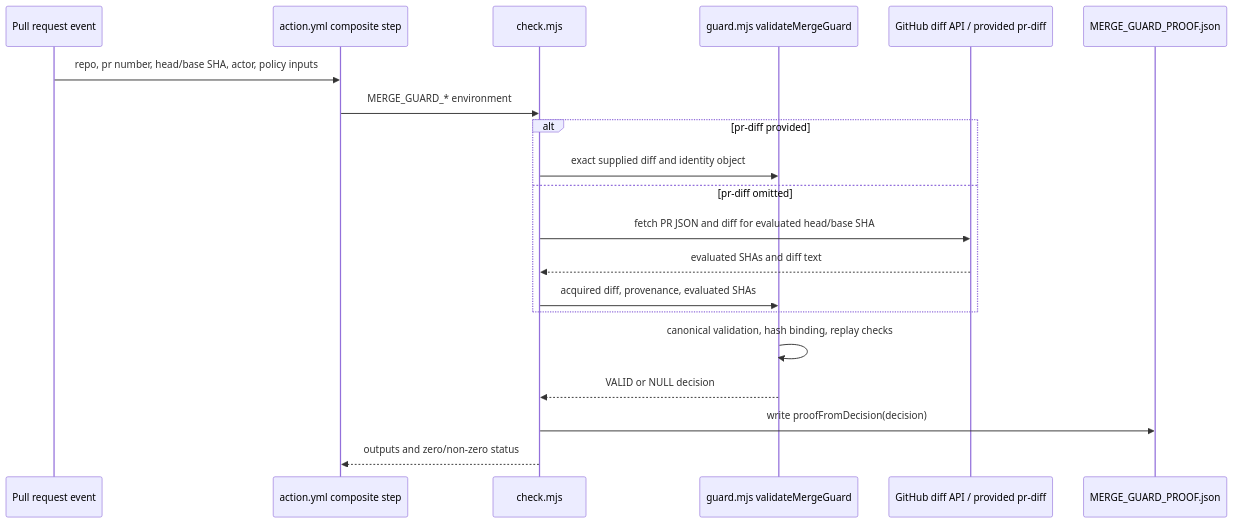
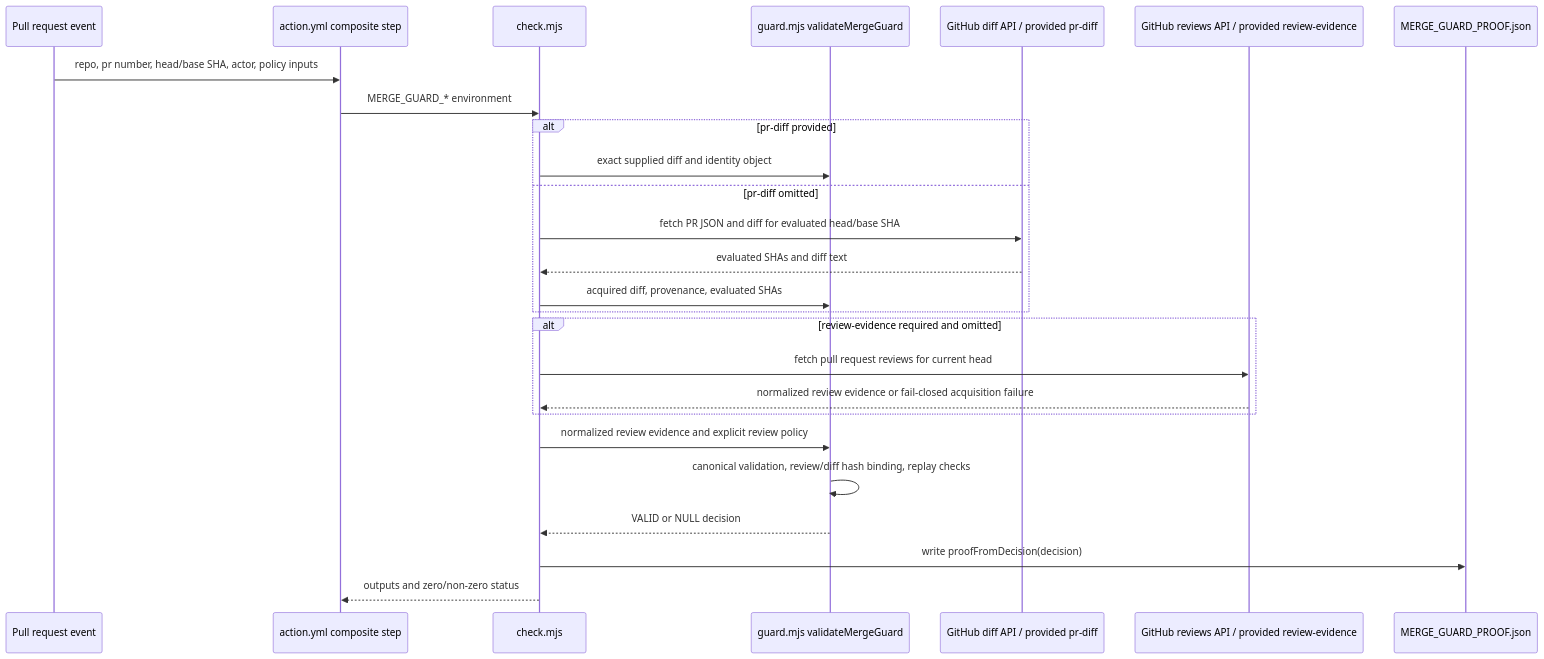
One commit to joselunasrt8-creator/continuity-merge-guard changed the diagram in docs/ARCHITECTURE.md. Above: the diagram before and after it, drawn with Mermaid. The commit also changed other lines of this file and 9 other files, not shown here.

Commit message:
Bind review approval evidence to merge guard proof

````diff
--- a/docs/ARCHITECTURE.md
+++ b/docs/ARCHITECTURE.md
@@ -28,23 +29,29 @@
 ```mermaid
 sequenceDiagram
   participant PR as Pull request event
   participant Action as action.yml composite step
   participant CLI as check.mjs
   participant Guard as guard.mjs validateMergeGuard
   participant Diff as GitHub diff API / provided pr-diff
+  participant Review as GitHub reviews API / provided review-evidence
   participant Proof as MERGE_GUARD_PROOF.json
 
   PR->>Action: repo, pr number, head/base SHA, actor, policy inputs
   Action->>CLI: MERGE_GUARD_* environment
   alt pr-diff provided
     CLI->>Guard: exact supplied diff and identity object
   else pr-diff omitted
     CLI->>Diff: fetch PR JSON and diff for evaluated head/base SHA
     Diff-->>CLI: evaluated SHAs and diff text
     CLI->>Guard: acquired diff, provenance, evaluated SHAs
   end
-  Guard->>Guard: canonical validation, hash binding, replay checks
+  alt review-evidence required and omitted
+    CLI->>Review: fetch pull request reviews for current head
+    Review-->>CLI: normalized review evidence or fail-closed acquisition failure
+  end
+  CLI->>Guard: normalized review evidence and explicit review policy
+  Guard->>Guard: canonical validation, review/diff hash binding, replay checks
   Guard-->>CLI: VALID or NULL decision
   CLI->>Proof: write proofFromDecision(decision)
   CLI-->>Action: outputs and zero/non-zero status
 ```
````
